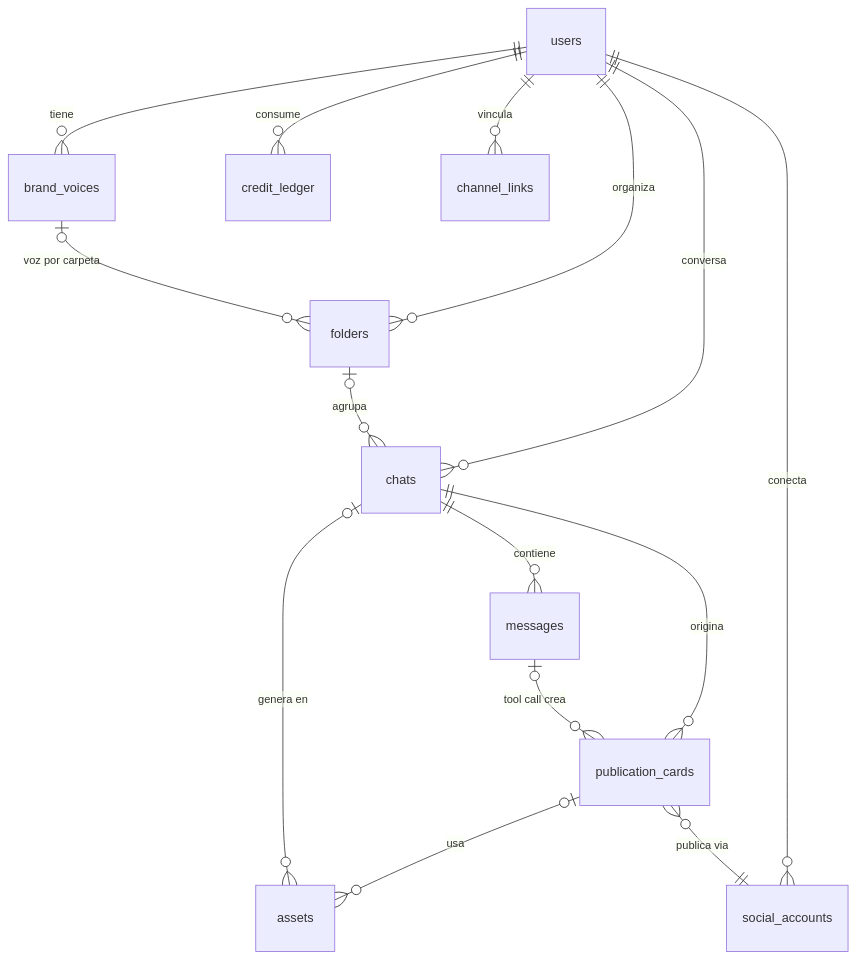
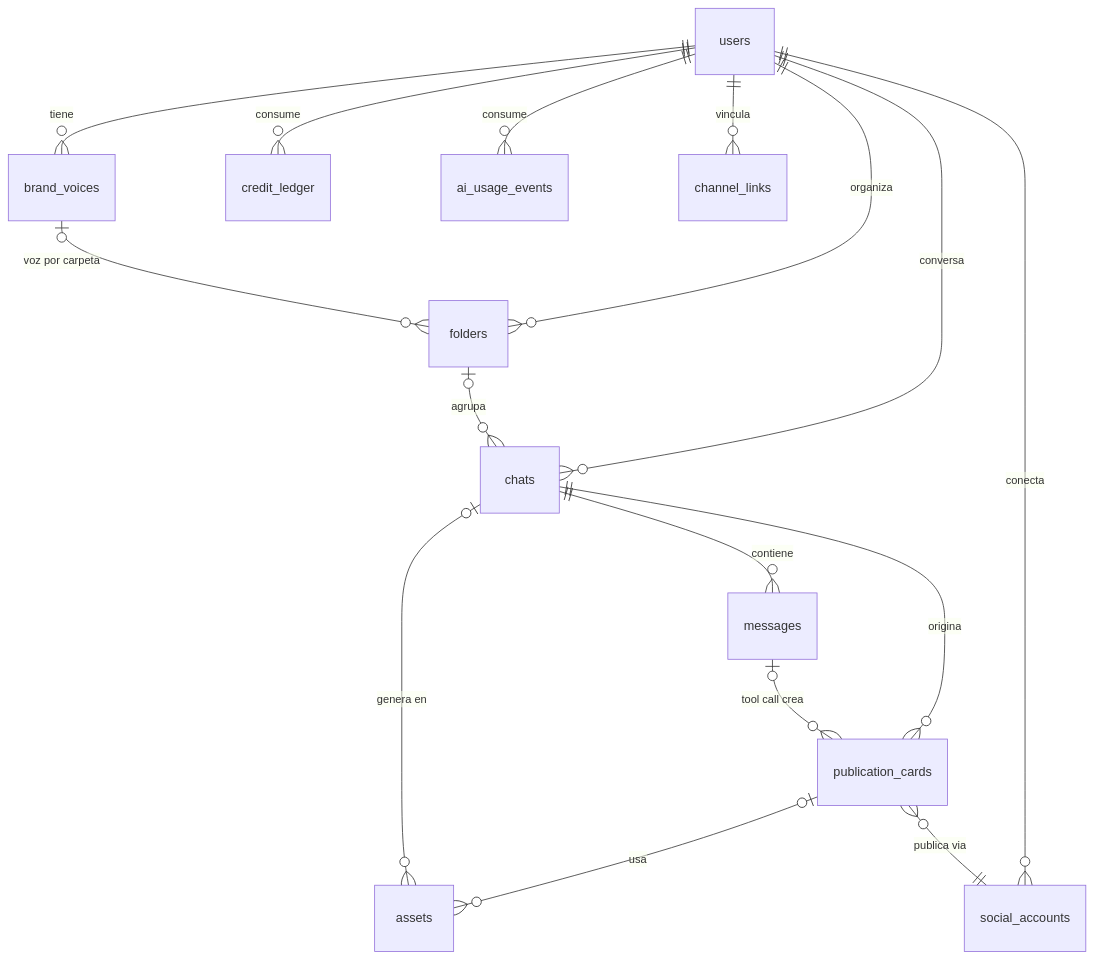
The diagram in docs/reference/modelo-de-datos.md (jata-imk/presencia), drawn with Mermaid before and after one commit. The commit also changed other lines of this file and 13 other files, not shown here.

````diff
--- a/docs/reference/modelo-de-datos.md
+++ b/docs/reference/modelo-de-datos.md
@@ -159,17 +182,18 @@
 ```mermaid
 erDiagram
     users ||--o{ brand_voices : tiene
     users ||--o{ folders : organiza
     users ||--o{ chats : conversa
     users ||--o{ credit_ledger : consume
+    users ||--o{ ai_usage_events : consume
     users ||--o{ channel_links : vincula
     users ||--o{ social_accounts : conecta
     brand_voices |o--o{ folders : "voz por carpeta"
     folders |o--o{ chats : agrupa
     chats ||--o{ messages : contiene
     chats ||--o{ publication_cards : origina
     messages |o--o{ publication_cards : "tool call crea"
     publication_cards |o--o{ assets : usa
     chats |o--o{ assets : "genera en"
     publication_cards }o--|| social_accounts : "publica via"
 ```
````
